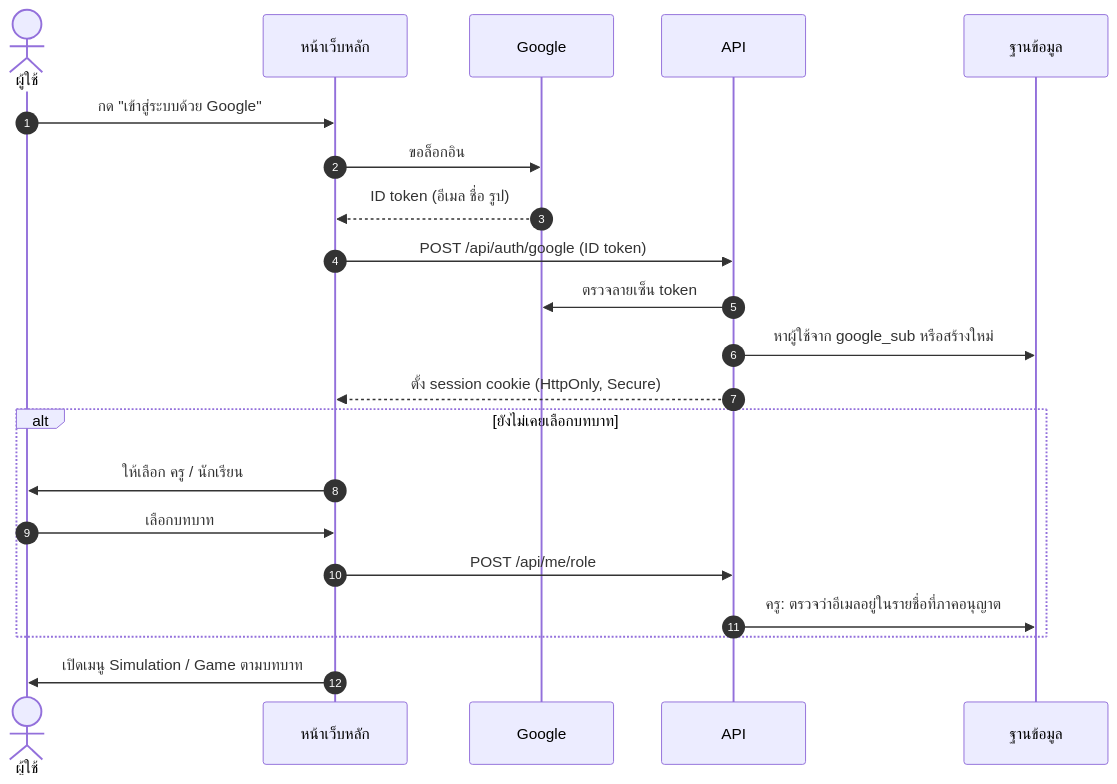
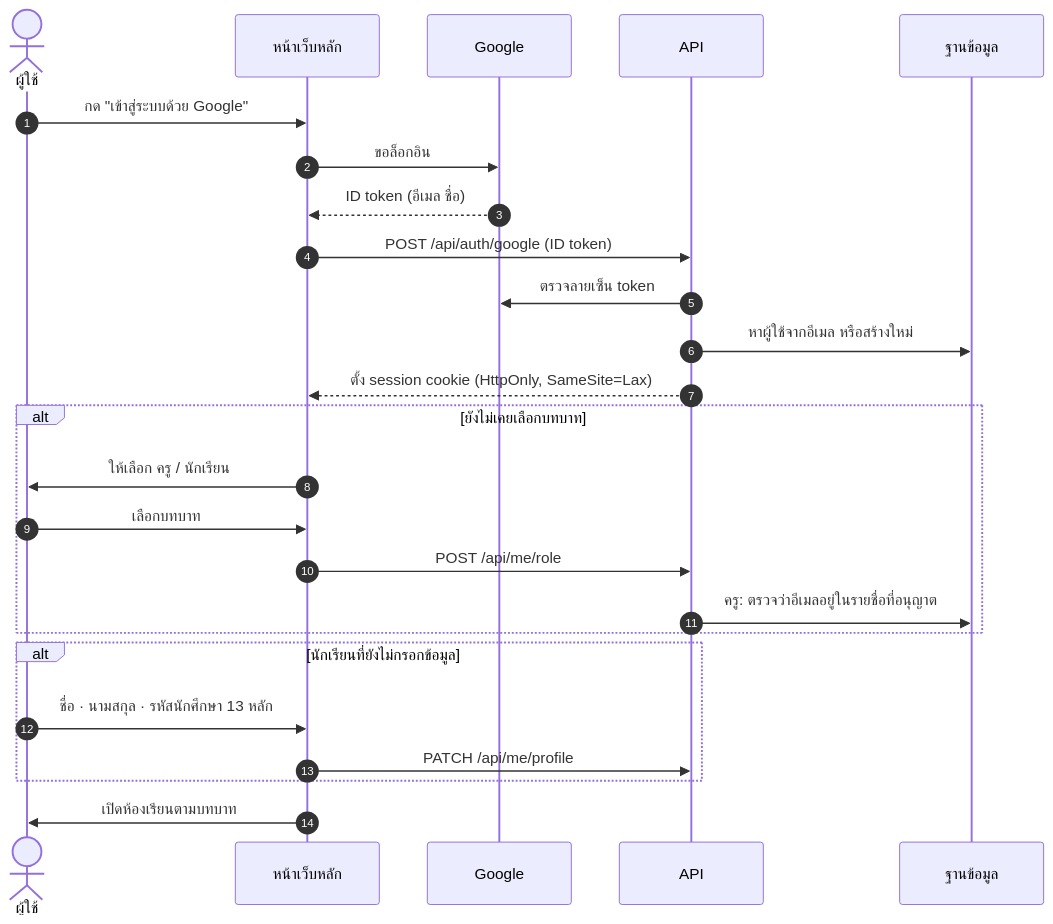
Before and after one commit to s6802041510091-stack/NetSim3D: the third of 6 diagrams in เว็บไซต์/README.md, drawn with Mermaid. The commit also changed other lines of this file and 1 other file, not shown here.

````diff
--- a/เว็บไซต์/README.md
+++ b/เว็บไซต์/README.md
@@ -106,23 +132,27 @@
 ```mermaid
 sequenceDiagram
   autonumber
   actor U as ผู้ใช้
   participant P as หน้าเว็บหลัก
   participant G as Google
   participant A as API
   participant D as ฐานข้อมูล
   U->>P: กด "เข้าสู่ระบบด้วย Google"
   P->>G: ขอล็อกอิน
-  G-->>P: ID token (อีเมล ชื่อ รูป)
+  G-->>P: ID token (อีเมล ชื่อ)
   P->>A: POST /api/auth/google (ID token)
   A->>G: ตรวจลายเซ็น token
-  A->>D: หาผู้ใช้จาก google_sub หรือสร้างใหม่
-  A-->>P: ตั้ง session cookie (HttpOnly, Secure)
+  A->>D: หาผู้ใช้จากอีเมล หรือสร้างใหม่
+  A-->>P: ตั้ง session cookie (HttpOnly, SameSite=Lax)
   alt ยังไม่เคยเลือกบทบาท
     P->>U: ให้เลือก ครู / นักเรียน
     U->>P: เลือกบทบาท
     P->>A: POST /api/me/role
-    A->>D: ครู: ตรวจว่าอีเมลอยู่ในรายชื่อที่ภาคอนุญาต
+    A->>D: ครู: ตรวจว่าอีเมลอยู่ในรายชื่อที่อนุญาต
   end
-  P->>U: เปิดเมนู Simulation / Game ตามบทบาท
+  alt นักเรียนที่ยังไม่กรอกข้อมูล
+    U->>P: ชื่อ · นามสกุล · รหัสนักศึกษา 13 หลัก
+    P->>A: PATCH /api/me/profile
+  end
+  P->>U: เปิดห้องเรียนตามบทบาท
 ```
````
